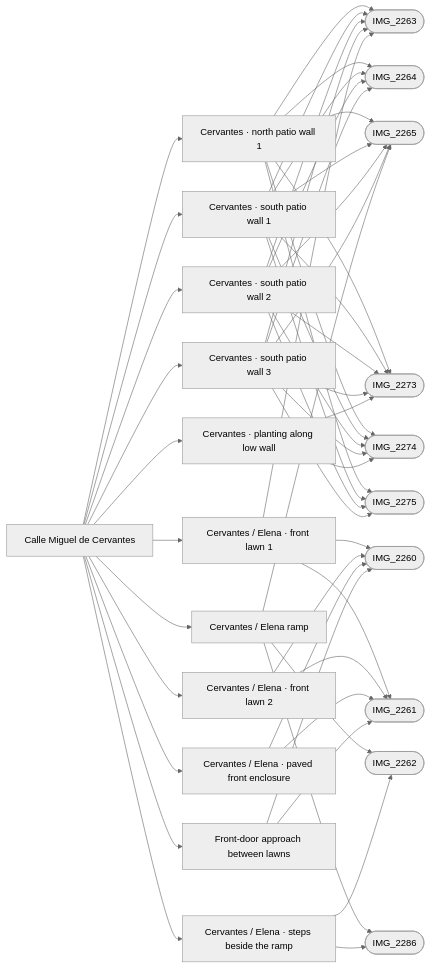
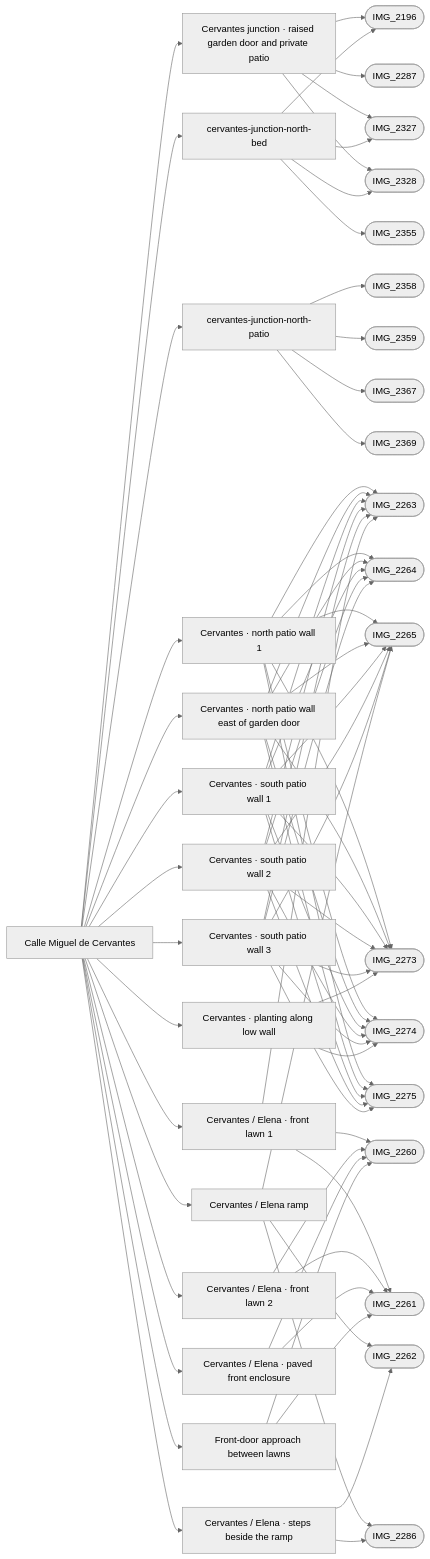
Before and after one commit to daveyboyc/villacana-venture: the diagram in refs/areas/cervantes.md, drawn with Mermaid (neutral theme). The commit also changed other lines of this file and 30 other files, not shown here.

Commit message:
Build Cervantes garden door threshold and raised private patio

````diff
--- a/refs/areas/cervantes.md
+++ b/refs/areas/cervantes.md
@@ -55,55 +56,77 @@
 ```mermaid
 graph LR
   A["Calle Miguel de Cervantes"]
-  A --> F0["Cervantes · north patio wall 1"]
-  F0 --> PIMG_2263_jpg(["IMG_2263"])
-  F0 --> PIMG_2264_jpg(["IMG_2264"])
-  F0 --> PIMG_2265_jpg(["IMG_2265"])
-  F0 --> PIMG_2273_jpg(["IMG_2273"])
-  F0 --> PIMG_2274_jpg(["IMG_2274"])
-  F0 --> PIMG_2275_jpg(["IMG_2275"])
-  A --> F1["Cervantes · south patio wall 1"]
-  F1 --> PIMG_2263_jpg(["IMG_2263"])
-  F1 --> PIMG_2264_jpg(["IMG_2264"])
-  F1 --> PIMG_2265_jpg(["IMG_2265"])
-  F1 --> PIMG_2273_jpg(["IMG_2273"])
-  F1 --> PIMG_2274_jpg(["IMG_2274"])
-  F1 --> PIMG_2275_jpg(["IMG_2275"])
-  A --> F2["Cervantes · south patio wall 2"]
-  F2 --> PIMG_2263_jpg(["IMG_2263"])
-  F2 --> PIMG_2264_jpg(["IMG_2264"])
-  F2 --> PIMG_2265_jpg(["IMG_2265"])
-  F2 --> PIMG_2273_jpg(["IMG_2273"])
-  F2 --> PIMG_2274_jpg(["IMG_2274"])
-  F2 --> PIMG_2275_jpg(["IMG_2275"])
-  A --> F3["Cervantes · south patio wall 3"]
+  A --> F0["Cervantes junction · raised garden door and private patio"]
+  F0 --> PIMG_2196_jpg(["IMG_2196"])
+  F0 --> PIMG_2287_jpg(["IMG_2287"])
+  F0 --> PIMG_2327_jpg(["IMG_2327"])
+  F0 --> PIMG_2328_jpg(["IMG_2328"])
+  A --> F1["cervantes-junction-north-bed"]
+  F1 --> PIMG_2196_jpg(["IMG_2196"])
+  F1 --> PIMG_2327_jpg(["IMG_2327"])
+  F1 --> PIMG_2328_jpg(["IMG_2328"])
+  F1 --> PIMG_2355_jpg(["IMG_2355"])
+  A --> F2["cervantes-junction-north-patio"]
+  F2 --> PIMG_2358_jpg(["IMG_2358"])
+  F2 --> PIMG_2359_jpg(["IMG_2359"])
+  F2 --> PIMG_2367_jpg(["IMG_2367"])
+  F2 --> PIMG_2369_jpg(["IMG_2369"])
+  A --> F3["Cervantes · north patio wall 1"]
   F3 --> PIMG_2263_jpg(["IMG_2263"])
   F3 --> PIMG_2264_jpg(["IMG_2264"])
   F3 --> PIMG_2265_jpg(["IMG_2265"])
   F3 --> PIMG_2273_jpg(["IMG_2273"])
   F3 --> PIMG_2274_jpg(["IMG_2274"])
   F3 --> PIMG_2275_jpg(["IMG_2275"])
-  A --> F4["Cervantes / Elena · front lawn 1"]
-  F4 --> PIMG_2260_jpg(["IMG_2260"])
-  F4 --> PIMG_2261_jpg(["IMG_2261"])
+  A --> F4["Cervantes · north patio wall east of garden door"]
   F4 --> PIMG_2263_jpg(["IMG_2263"])
-  A --> F5["Cervantes / Elena · front lawn 2"]
-  F5 --> PIMG_2260_jpg(["IMG_2260"])
-  F5 --> PIMG_2261_jpg(["IMG_2261"])
-  A --> F6["Cervantes / Elena · paved front enclosure"]
-  F6 --> PIMG_2260_jpg(["IMG_2260"])
-  F6 --> PIMG_2261_jpg(["IMG_2261"])
-  A --> F7["Front-door approach between lawns"]
-  F7 --> PIMG_2260_jpg(["IMG_2260"])
-  F7 --> PIMG_2261_jpg(["IMG_2261"])
-  A --> F8["Cervantes · planting along low wall"]
-  F8 --> PIMG_2273_jpg(["IMG_2273"])
-  F8 --> PIMG_2274_jpg(["IMG_2274"])
-  A --> F9["Cervantes / Elena ramp"]
-  F9 --> PIMG_2262_jpg(["IMG_2262"])
-  F9 --> PIMG_2265_jpg(["IMG_2265"])
-  F9 --> PIMG_2286_jpg(["IMG_2286"])
-  A --> F10["Cervantes / Elena · steps beside the ramp"]
-  F10 --> PIMG_2262_jpg(["IMG_2262"])
-  F10 --> PIMG_2286_jpg(["IMG_2286"])
+  F4 --> PIMG_2264_jpg(["IMG_2264"])
+  F4 --> PIMG_2265_jpg(["IMG_2265"])
+  F4 --> PIMG_2273_jpg(["IMG_2273"])
+  F4 --> PIMG_2274_jpg(["IMG_2274"])
+  F4 --> PIMG_2275_jpg(["IMG_2275"])
+  A --> F5["Cervantes · south patio wall 1"]
+  F5 --> PIMG_2263_jpg(["IMG_2263"])
+  F5 --> PIMG_2264_jpg(["IMG_2264"])
+  F5 --> PIMG_2265_jpg(["IMG_2265"])
+  F5 --> PIMG_2273_jpg(["IMG_2273"])
+  F5 --> PIMG_2274_jpg(["IMG_2274"])
+  F5 --> PIMG_2275_jpg(["IMG_2275"])
+  A --> F6["Cervantes · south patio wall 2"]
+  F6 --> PIMG_2263_jpg(["IMG_2263"])
+  F6 --> PIMG_2264_jpg(["IMG_2264"])
+  F6 --> PIMG_2265_jpg(["IMG_2265"])
+  F6 --> PIMG_2273_jpg(["IMG_2273"])
+  F6 --> PIMG_2274_jpg(["IMG_2274"])
+  F6 --> PIMG_2275_jpg(["IMG_2275"])
+  A --> F7["Cervantes · south patio wall 3"]
+  F7 --> PIMG_2263_jpg(["IMG_2263"])
+  F7 --> PIMG_2264_jpg(["IMG_2264"])
+  F7 --> PIMG_2265_jpg(["IMG_2265"])
+  F7 --> PIMG_2273_jpg(["IMG_2273"])
+  F7 --> PIMG_2274_jpg(["IMG_2274"])
+  F7 --> PIMG_2275_jpg(["IMG_2275"])
+  A --> F8["Cervantes / Elena · front lawn 1"]
+  F8 --> PIMG_2260_jpg(["IMG_2260"])
+  F8 --> PIMG_2261_jpg(["IMG_2261"])
+  F8 --> PIMG_2263_jpg(["IMG_2263"])
+  A --> F9["Cervantes / Elena · front lawn 2"]
+  F9 --> PIMG_2260_jpg(["IMG_2260"])
+  F9 --> PIMG_2261_jpg(["IMG_2261"])
+  A --> F10["Cervantes / Elena · paved front enclosure"]
+  F10 --> PIMG_2260_jpg(["IMG_2260"])
+  F10 --> PIMG_2261_jpg(["IMG_2261"])
+  A --> F11["Front-door approach between lawns"]
+  F11 --> PIMG_2260_jpg(["IMG_2260"])
+  F11 --> PIMG_2261_jpg(["IMG_2261"])
+  A --> F12["Cervantes · planting along low wall"]
+  F12 --> PIMG_2273_jpg(["IMG_2273"])
+  F12 --> PIMG_2274_jpg(["IMG_2274"])
+  A --> F13["Cervantes / Elena ramp"]
+  F13 --> PIMG_2262_jpg(["IMG_2262"])
+  F13 --> PIMG_2265_jpg(["IMG_2265"])
+  F13 --> PIMG_2286_jpg(["IMG_2286"])
+  A --> F14["Cervantes / Elena · steps beside the ramp"]
+  F14 --> PIMG_2262_jpg(["IMG_2262"])
+  F14 --> PIMG_2286_jpg(["IMG_2286"])
 ```
````
